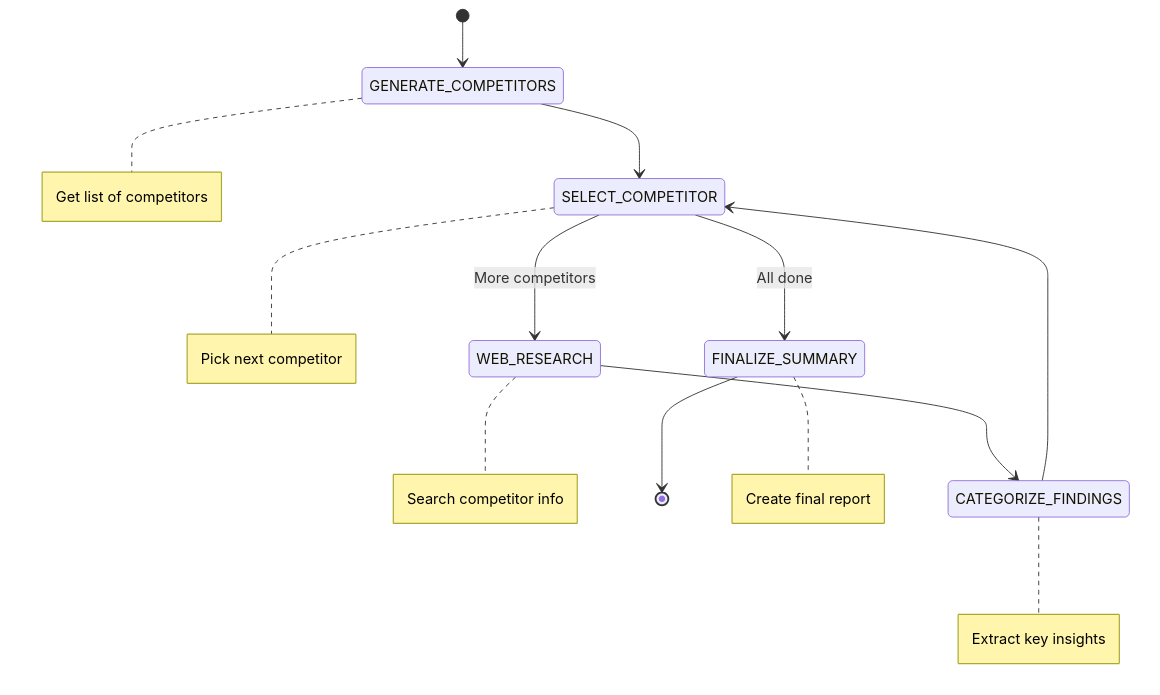
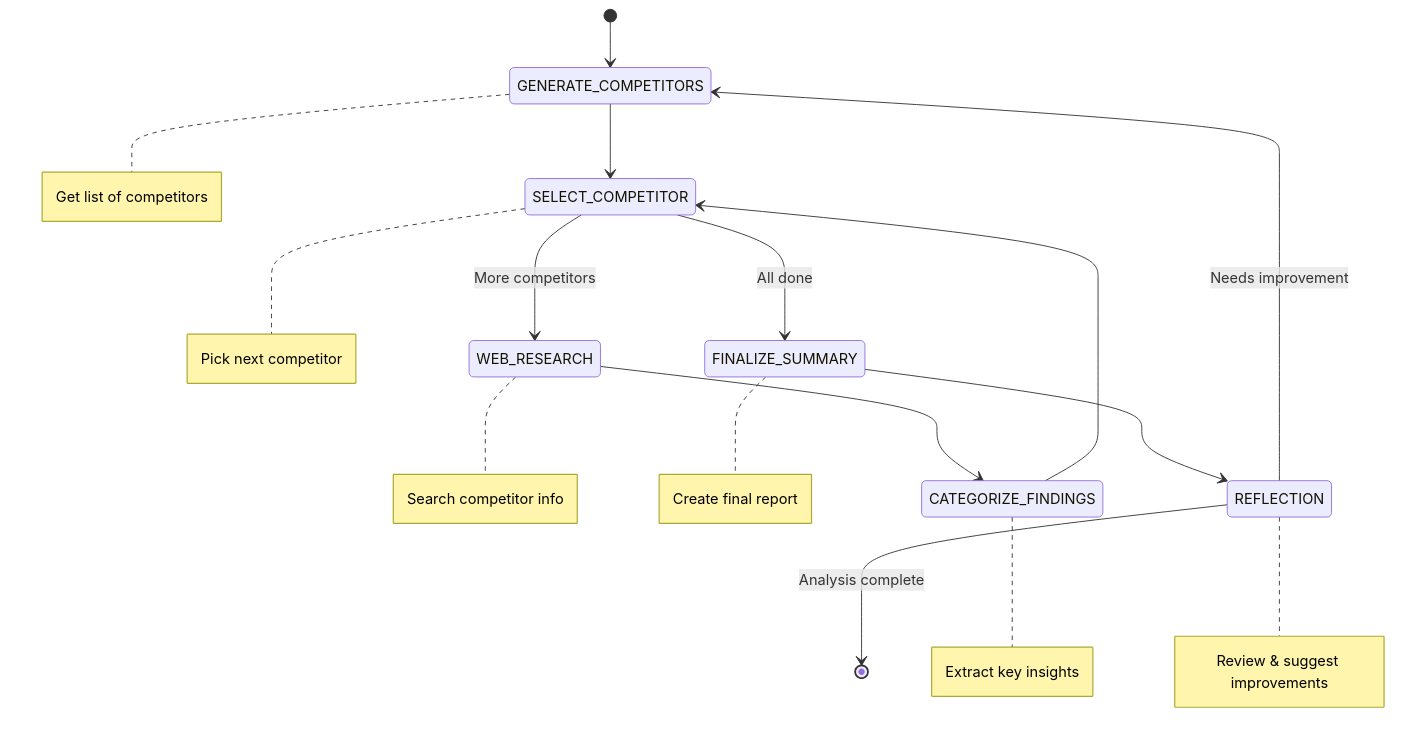
The diagram in README.md (jenna-winkler/beeAI-competitive-analysis-workflow), drawn with Mermaid before and after one commit.

````diff
--- a/README.md
+++ b/README.md
@@ -14,19 +14,22 @@
 ```mermaid
 stateDiagram-v2
     [*] --> GENERATE_COMPETITORS
     GENERATE_COMPETITORS --> SELECT_COMPETITOR
     
     SELECT_COMPETITOR --> WEB_RESEARCH: More competitors
     SELECT_COMPETITOR --> FINALIZE_SUMMARY: All done
     
     WEB_RESEARCH --> CATEGORIZE_FINDINGS
     CATEGORIZE_FINDINGS --> SELECT_COMPETITOR
     
-    FINALIZE_SUMMARY --> [*]
+    FINALIZE_SUMMARY --> REFLECTION
+    REFLECTION --> GENERATE_COMPETITORS: Needs improvement
+    REFLECTION --> [*]: Analysis complete
 
     note right of GENERATE_COMPETITORS: Get list of competitors
     note right of SELECT_COMPETITOR: Pick next competitor
     note right of WEB_RESEARCH: Search competitor info
     note right of CATEGORIZE_FINDINGS: Extract key insights
     note right of FINALIZE_SUMMARY: Create final report
+    note right of REFLECTION: Review & suggest improvements
 ```
````
